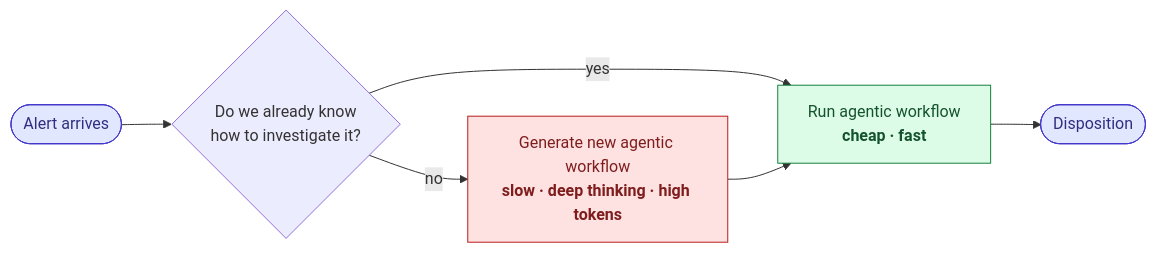
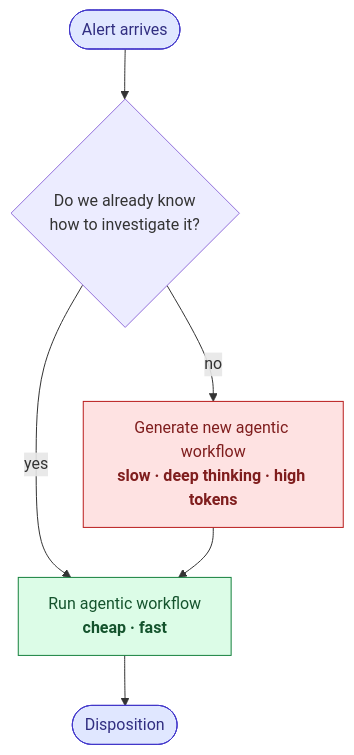
The first of 3 diagrams in README.md (open-analysi/analysi-app), drawn with Mermaid before and after one commit.

Commit message:
README: switch Concept diagram to TB layout for consistency
Match the orientation of the other two architecture diagrams and avoid
GitHub's interactive overlay clipping the rightmost node.

````diff
--- a/README.md
+++ b/README.md
@@ -36,17 +36,17 @@
 ```mermaid
-flowchart LR
+flowchart TB
     classDef known fill:#dcfce7,stroke:#15803d,color:#14532d
     classDef new fill:#fee2e2,stroke:#b91c1c,color:#7f1d1d
     classDef terminal fill:#e0e7ff,stroke:#4338ca,color:#312e81
 
     Alert([Alert arrives]):::terminal
     Q{Do we already know<br/>how to investigate it?}
     Run["Run agentic workflow<br/><b>cheap · fast</b>"]:::known
     Gen["Generate new agentic workflow<br/><b>slow · deep thinking · high tokens</b>"]:::new
     Disp([Disposition]):::terminal
 
     Alert --> Q
     Q -- yes --> Run
     Q -- no --> Gen --> Run
     Run --> Disp
 ```
````
